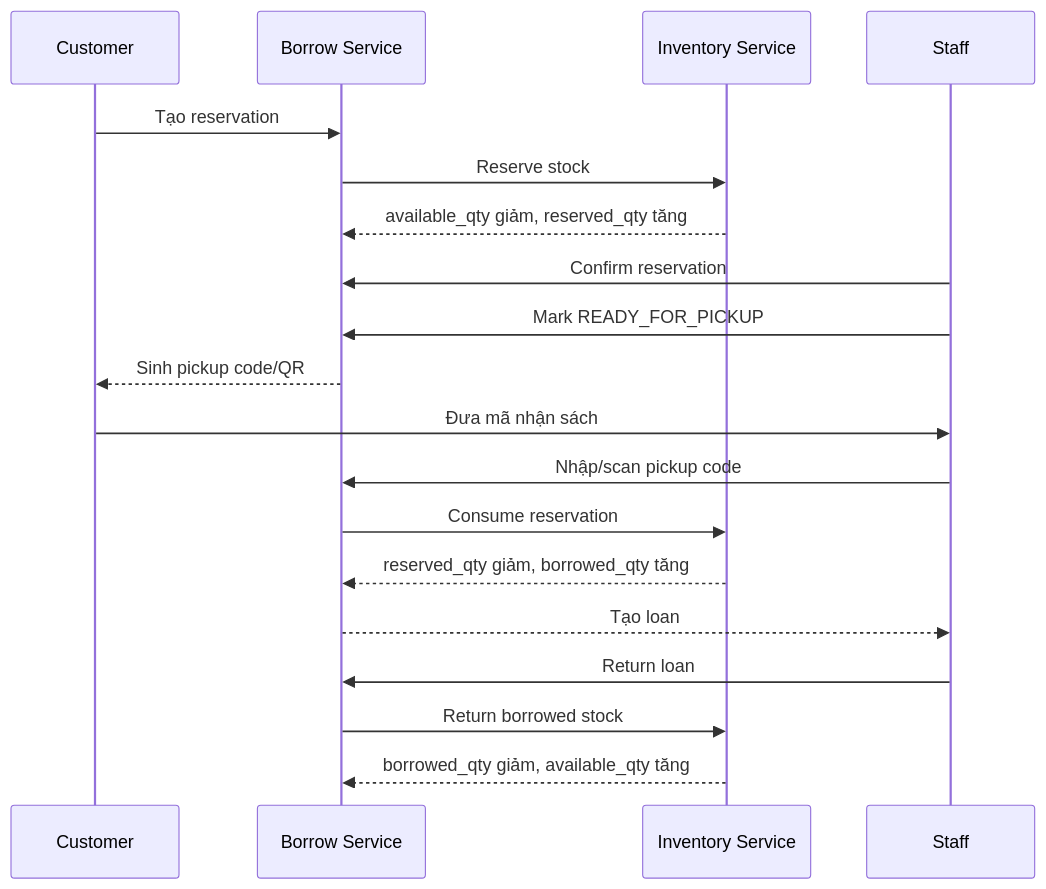
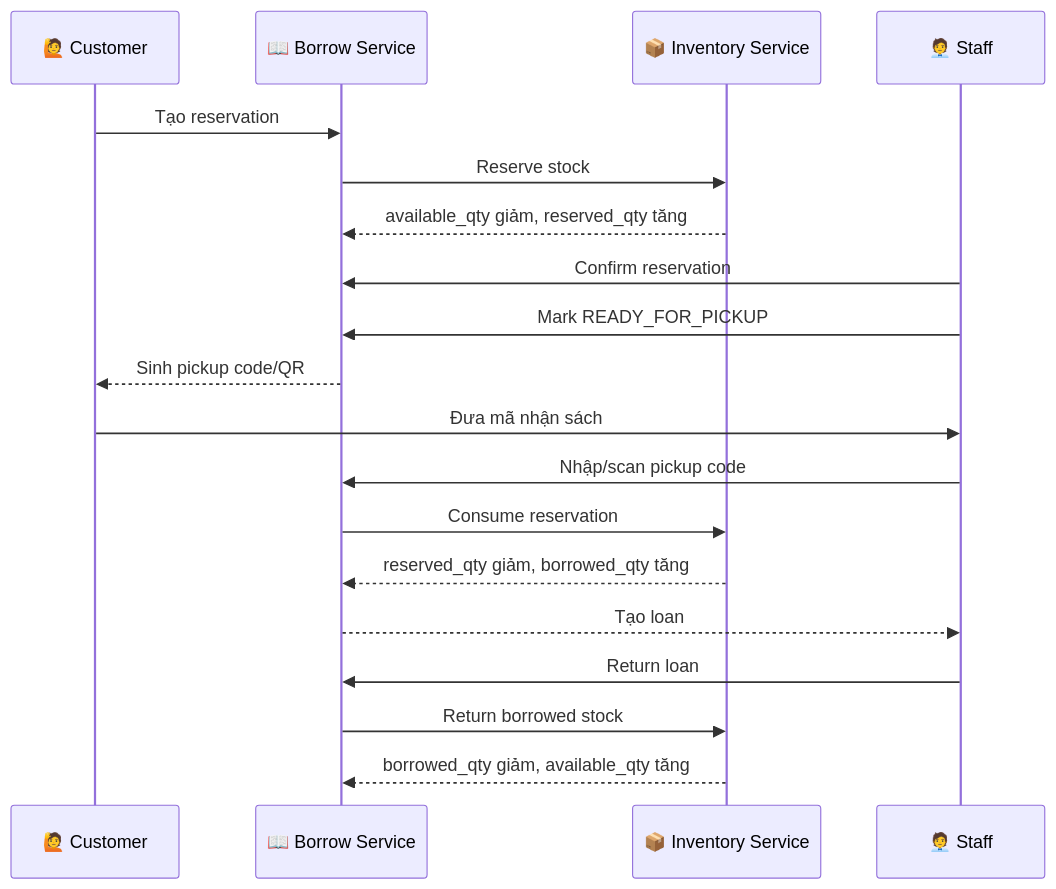
The second of 2 diagrams in README.md (vinhhung04/smartbook-system), drawn with Mermaid before and after one commit. The commit also changed other lines of this file, not shown here.

````diff
--- a/README.md
+++ b/README.md
@@ -182,22 +335,22 @@
 ```mermaid
 sequenceDiagram
-    participant C as Customer
-    participant B as Borrow Service
-    participant I as Inventory Service
-    participant S as Staff
+    participant C as 🙋 Customer
+    participant B as 📖 Borrow Service
+    participant I as 📦 Inventory Service
+    participant S as 🧑‍💼 Staff
 
     C->>B: Tạo reservation
     B->>I: Reserve stock
     I-->>B: available_qty giảm, reserved_qty tăng
     S->>B: Confirm reservation
     S->>B: Mark READY_FOR_PICKUP
     B-->>C: Sinh pickup code/QR
     C->>S: Đưa mã nhận sách
     S->>B: Nhập/scan pickup code
     B->>I: Consume reservation
     I-->>B: reserved_qty giảm, borrowed_qty tăng
     B-->>S: Tạo loan
     S->>B: Return loan
     B->>I: Return borrowed stock
     I-->>B: borrowed_qty giảm, available_qty tăng
 ```
````
